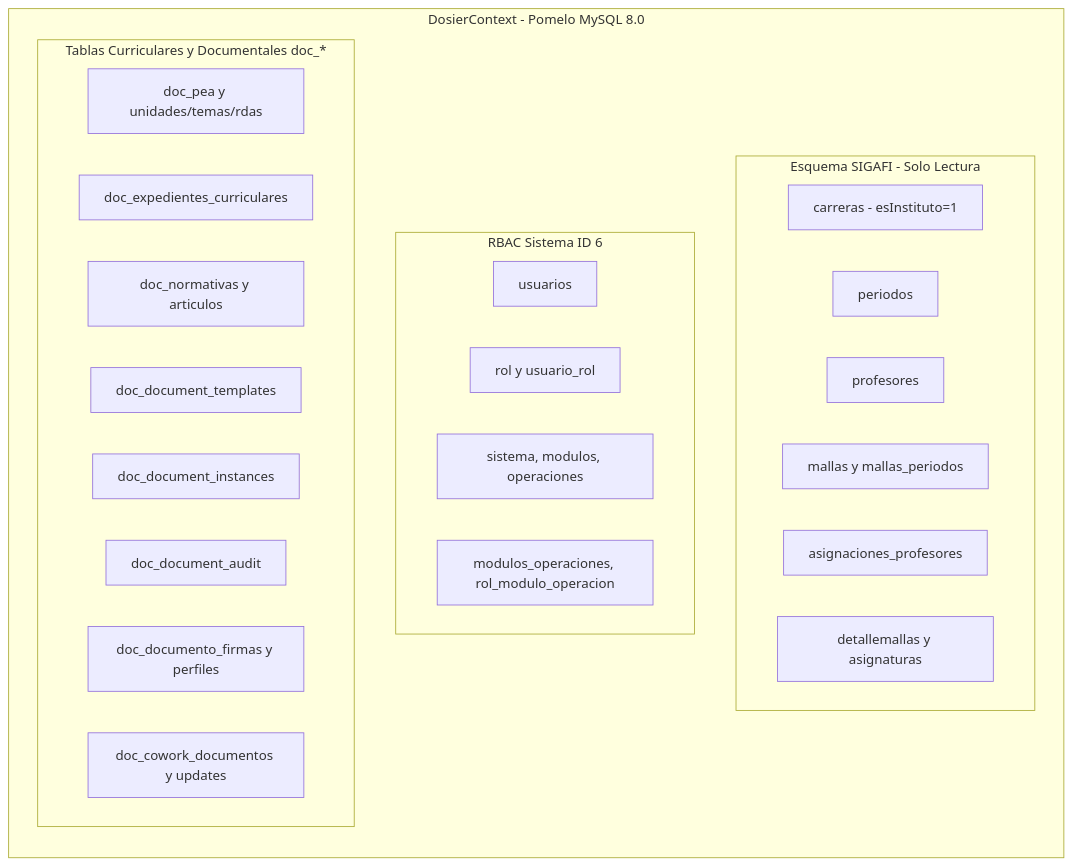
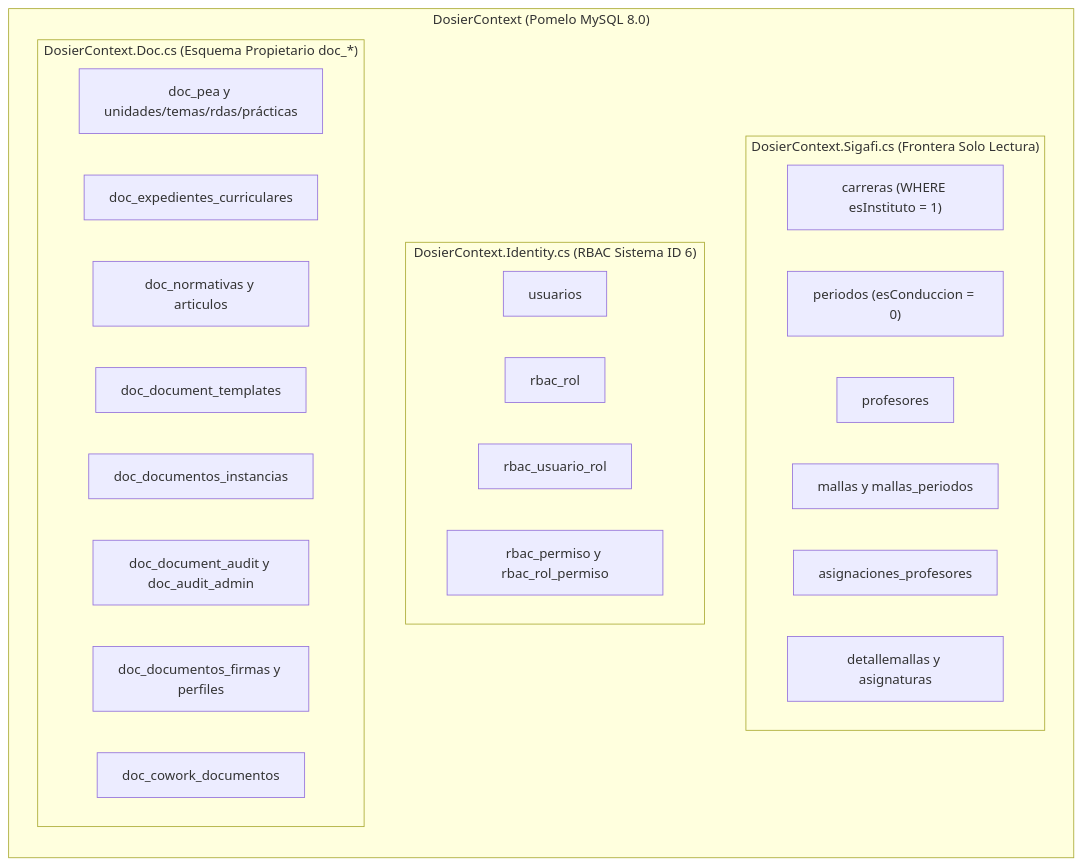
One commit to JorgeDoicela/dosier changed the first of 2 diagrams in docs/documentacion/04-base-de-datos/03-infraestructura-efcore-y-repositorios.md. Above: the diagram before and after it, drawn with Mermaid. The commit also changed other lines of this file and 35 other files, not shown here.

````diff
--- a/docs/documentacion/04-base-de-datos/03-infraestructura-efcore-y-repositorios.md
+++ b/docs/documentacion/04-base-de-datos/03-infraestructura-efcore-y-repositorios.md
@@ -18,32 +19,32 @@
 ```mermaid
-graph TD
-    subgraph DosierContext [DosierContext - Pomelo MySQL 8.0]
+flowchart TD
+    subgraph DosierContext["DosierContext (Pomelo MySQL 8.0)"]
         direction TB
-        subgraph Frontera SIGAFI [Esquema SIGAFI - Solo Lectura]
-            Carreras[carreras - esInstituto=1]
-            Periodos[periodos]
-            Profesores[profesores]
-            Mallas[mallas y mallas_periodos]
-            Asignaciones[asignaciones_profesores]
-            DetalleMallas[detallemallas y asignaturas]
+        subgraph ModuloSigafi["DosierContext.Sigafi.cs (Frontera Solo Lectura)"]
+            Carreras["carreras (WHERE esInstituto = 1)"]
+            Periodos["periodos (esConduccion = 0)"]
+            Profesores["profesores"]
+            Mallas["mallas y mallas_periodos"]
+            Asignaciones["asignaciones_profesores"]
+            DetalleMallas["detallemallas y asignaturas"]
         end
 
-        subgraph Core Identidad [RBAC Sistema ID 6]
-            Usuarios[usuarios]
-            Roles[rol y usuario_rol]
-            Modulos[sistema, modulos, operaciones]
-            Permisos[modulos_operaciones, rol_modulo_operacion]
+        subgraph ModuloIdentity["DosierContext.Identity.cs (RBAC Sistema ID 6)"]
+            Usuarios["usuarios"]
+            Roles["rbac_rol"]
+            UsuarioRoles["rbac_usuario_rol"]
+            Permisos["rbac_permiso y rbac_rol_permiso"]
         end
 
-        subgraph Esquema DOSIER [Tablas Curriculares y Documentales doc_*]
-            Pea[doc_pea y unidades/temas/rdas]
-            Expedientes[doc_expedientes_curriculares]
-            Normativas[doc_normativas y articulos]
-            Templates[doc_document_templates]
-            Instances[doc_document_instances]
-            Audit[doc_document_audit]
-            Firmas[doc_documento_firmas y perfiles]
-            Cowork[doc_cowork_documentos y updates]
+        subgraph ModuloDoc["DosierContext.Doc.cs (Esquema Propietario doc_*)"]
+            Pea["doc_pea y unidades/temas/rdas/prácticas"]
+            Expedientes["doc_expedientes_curriculares"]
+            Normativas["doc_normativas y articulos"]
+            Templates["doc_document_templates"]
+            Instances["doc_documentos_instancias"]
+            Audit["doc_document_audit y doc_audit_admin"]
+            Firmas["doc_documentos_firmas y perfiles"]
+            Cowork["doc_cowork_documentos"]
         end
     end
 ```
````
